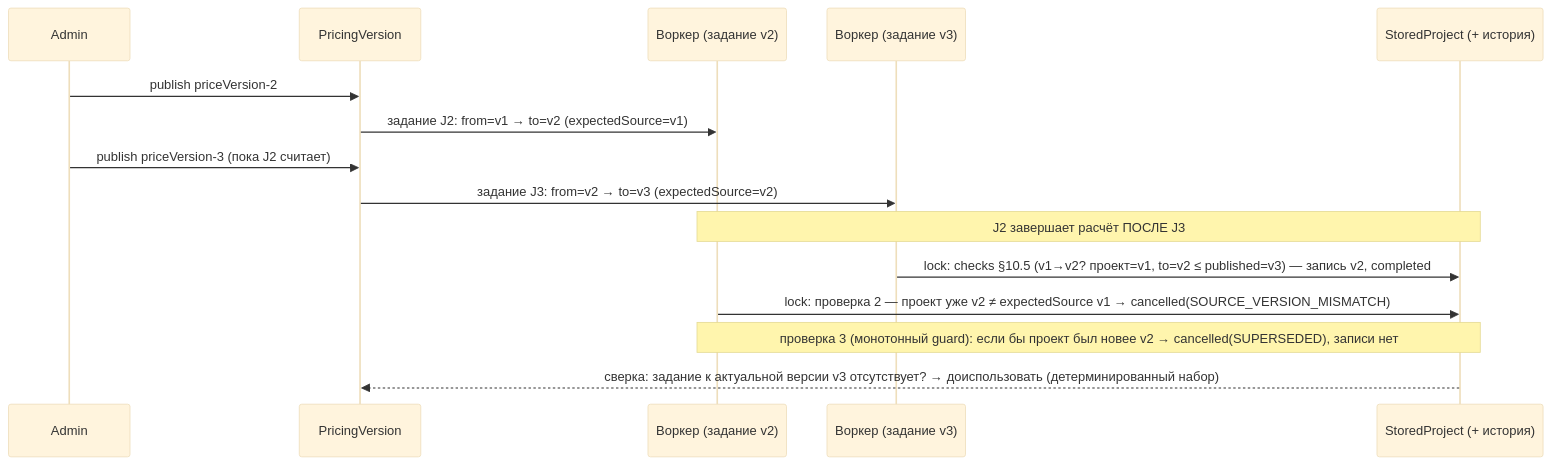
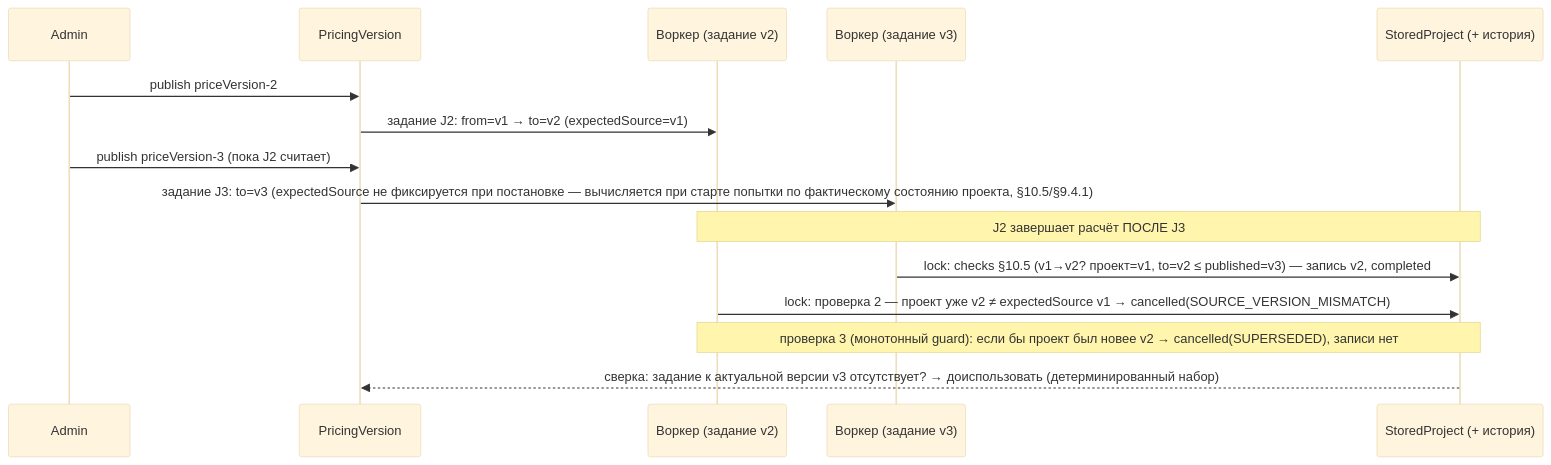
Before and after one commit to ilin69mark-hub/FORMAKUB: the seventh of 7 diagrams in docs/CALCULATION_ADMIN/CALCULATION_ADMIN_DATA_AND_VERSIONING_DESIGN.md, drawn with Mermaid (base theme). The commit also changed other lines of this file and 2 other files, not shown here.

````diff
--- a/docs/CALCULATION_ADMIN/CALCULATION_ADMIN_DATA_AND_VERSIONING_DESIGN.md
+++ b/docs/CALCULATION_ADMIN/CALCULATION_ADMIN_DATA_AND_VERSIONING_DESIGN.md
@@ -1531,18 +1554,18 @@
 ```mermaid
 sequenceDiagram
     participant A as Admin
     participant PV as PricingVersion
     participant W2 as Воркер (задание v2)
     participant W3 as Воркер (задание v3)
     participant P as StoredProject (+ история)
 
     A->>PV: publish priceVersion-2
     PV->>W2: задание J2: from=v1 → to=v2 (expectedSource=v1)
     A->>PV: publish priceVersion-3 (пока J2 считает)
-    PV->>W3: задание J3: from=v2 → to=v3 (expectedSource=v2)
+    PV->>W3: задание J3: to=v3 (expectedSource не фиксируется при постановке — вычисляется при старте попытки по фактическому состоянию проекта, §10.5/§9.4.1)
     Note over W2,P: J2 завершает расчёт ПОСЛЕ J3
     W3->>P: lock: checks §10.5 (v1→v2? проект=v1, to=v2 ≤ published=v3) — запись v2, completed
     W2->>P: lock: проверка 2 — проект уже v2 ≠ expectedSource v1 → cancelled(SOURCE_VERSION_MISMATCH)
     Note over W2,P: проверка 3 (монотонный guard): если бы проект был новее v2 → cancelled(SUPERSEDED), записи нет
     P-->>PV: сверка: задание к актуальной версии v3 отсутствует? → доиспользовать (детерминированный набор)
 ```
````
